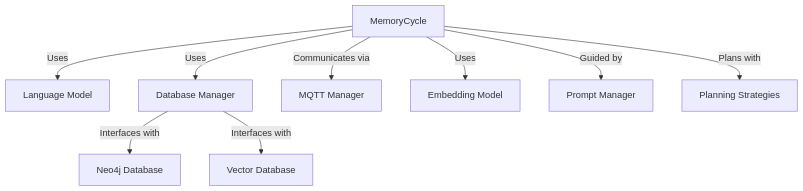
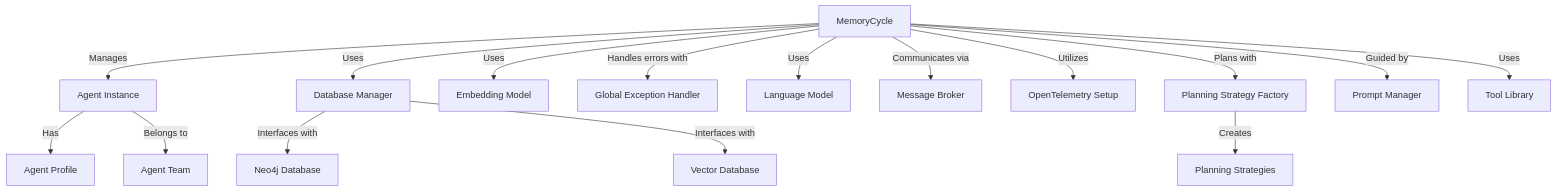
Before and after one commit to XMPro/Multi-Agent: the second of 4 diagrams in docs/technical-details/memory_cycle_instantiation.md, drawn with Mermaid. The commit also changed other lines of this file and 11 other files, not shown here.

Commit message:
Message Broker Topic additions Memory Cycle updates Graph updates General Updates all around

````diff
--- a/docs/technical-details/memory_cycle_instantiation.md
+++ b/docs/technical-details/memory_cycle_instantiation.md
@@ -33,11 +59,18 @@
 ```mermaid
 graph TD
-    MC[MemoryCycle] --> |Uses| LM[Language Model]
+    AI[Agent Instance] --> |Has| AP[Agent Profile]
+    AI --> |Belongs to| AT[Agent Team]
+    MC[MemoryCycle] --> |Manages| AI
     MC --> |Uses| DBM[Database Manager]
-    MC --> |Communicates via| MQTT[MQTT Manager]
+    MC --> |Uses| EM[Embedding Model]
+    MC --> |Handles errors with| GEH[Global Exception Handler]
+    MC --> |Uses| LM[Language Model]
+    MC --> |Communicates via| MB[Message Broker]
+    MC --> |Utilizes| OTEL[OpenTelemetry Setup]
+    MC --> |Plans with| PSF[Planning Strategy Factory]
+    MC --> |Guided by| PM[Prompt Manager]
+    MC --> |Uses| TL[Tool Library]
     DBM --> |Interfaces with| Neo4j[Neo4j Database]
     DBM --> |Interfaces with| VDB[Vector Database]
-    MC --> |Uses| EM[Embedding Model]
-    MC --> |Guided by| PM[Prompt Manager]
-    MC --> |Plans with| PS[Planning Strategies]
+    PSF --> |Creates| PS[Planning Strategies]
 ```
````
